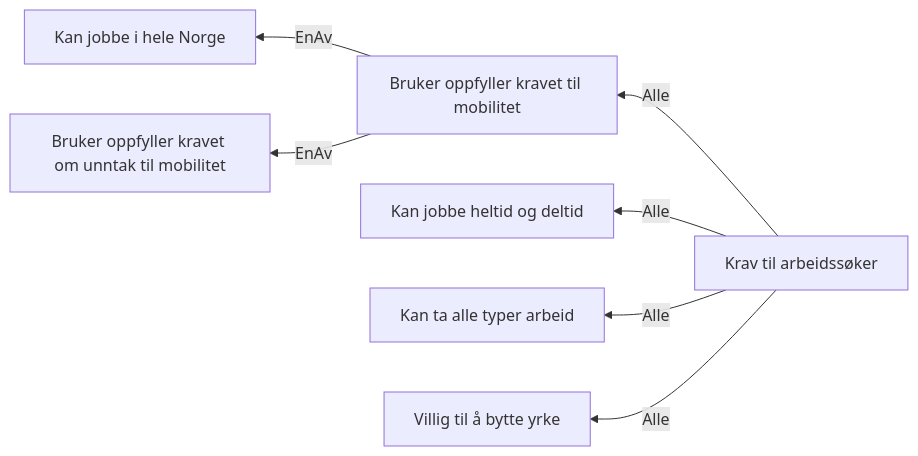
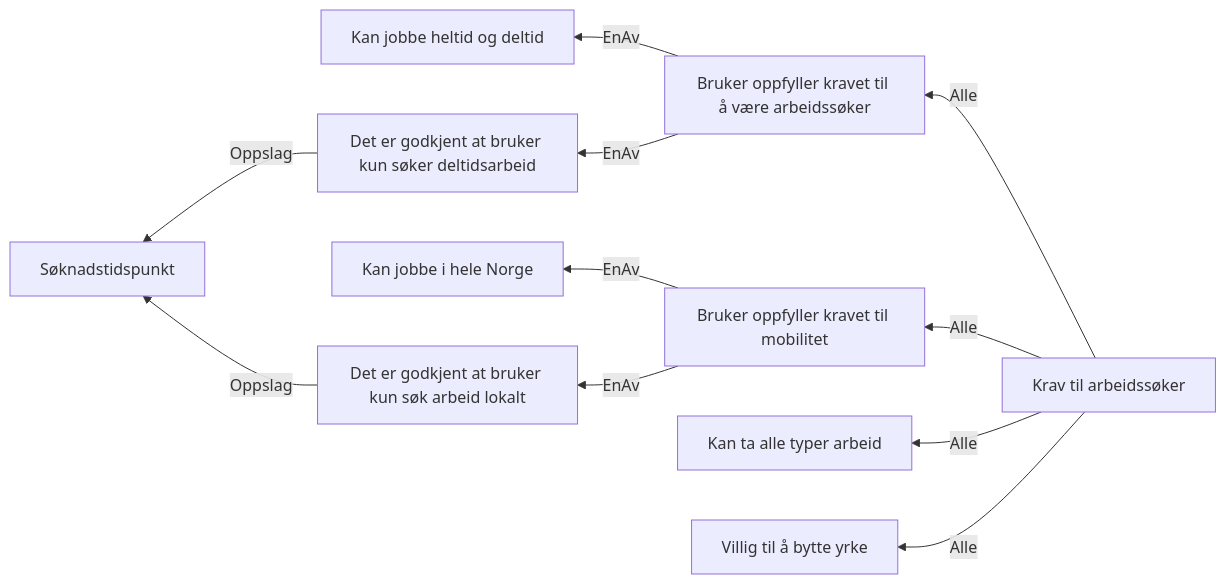
One commit to navikt/dp-vedtak changed the diagram in docs/regler/§ 4-5. Reelle arbeidssøkere.approved.md. Above: the diagram before and after it, drawn with Mermaid. The commit also changed other lines of this file and 7 other files, not shown here.

````diff
--- a/docs/regler/§ 4-5. Reelle arbeidssøkere.approved.md
+++ b/docs/regler/§ 4-5. Reelle arbeidssøkere.approved.md
@@ -5,9 +5,13 @@
 ```mermaid
 graph RL
-  A["Bruker oppfyller kravet til mobilitet"] -->|"EnAv"| B["Kan jobbe i hele Norge"]
-  A["Bruker oppfyller kravet til mobilitet"] -->|"EnAv"| C["Bruker oppfyller kravet om unntak til mobilitet"]
-  D["Krav til arbeidssøker"] -->|"Alle"| E["Kan jobbe heltid og deltid"]
-  D["Krav til arbeidssøker"] -->|"Alle"| A["Bruker oppfyller kravet til mobilitet"]
-  D["Krav til arbeidssøker"] -->|"Alle"| F["Kan ta alle typer arbeid"]
-  D["Krav til arbeidssøker"] -->|"Alle"| G["Villig til å bytte yrke"]
+  A["Det er godkjent at bruker kun søk arbeid lokalt"] -->|"Oppslag"| B["Søknadstidspunkt"]
+  C["Det er godkjent at bruker kun søker deltidsarbeid"] -->|"Oppslag"| B["Søknadstidspunkt"]
+  D["Bruker oppfyller kravet til mobilitet"] -->|"EnAv"| E["Kan jobbe i hele Norge"]
+  D["Bruker oppfyller kravet til mobilitet"] -->|"EnAv"| A["Det er godkjent at bruker kun søk arbeid lokalt"]
+  F["Bruker oppfyller kravet til å være arbeidssøker"] -->|"EnAv"| G["Kan jobbe heltid og deltid"]
+  F["Bruker oppfyller kravet til å være arbeidssøker"] -->|"EnAv"| C["Det er godkjent at bruker kun søker deltidsarbeid"]
+  H["Krav til arbeidssøker"] -->|"Alle"| F["Bruker oppfyller kravet til å være arbeidssøker"]
+  H["Krav til arbeidssøker"] -->|"Alle"| D["Bruker oppfyller kravet til mobilitet"]
+  H["Krav til arbeidssøker"] -->|"Alle"| I["Kan ta alle typer arbeid"]
+  H["Krav til arbeidssøker"] -->|"Alle"| J["Villig til å bytte yrke"]
 ```
````
